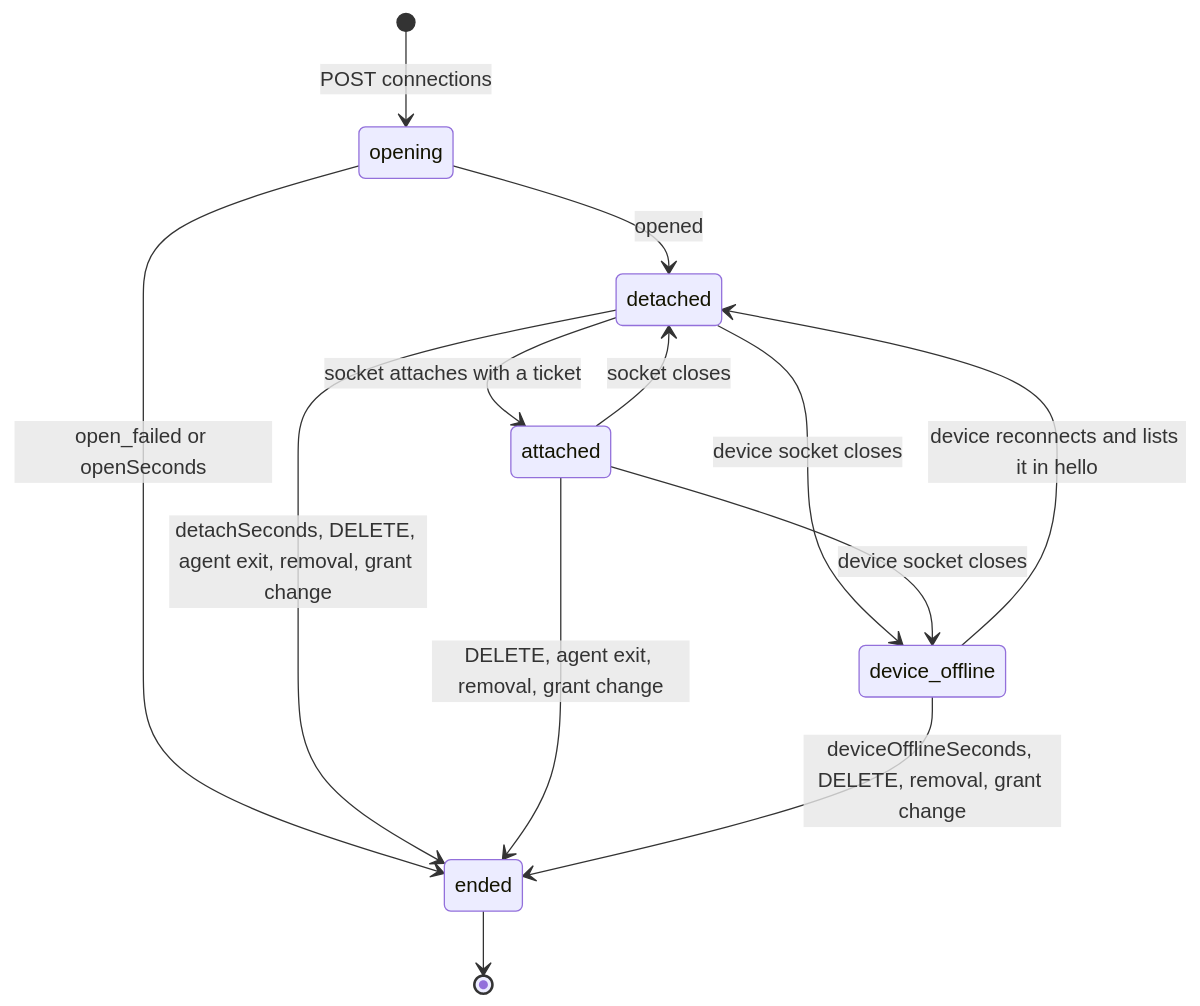
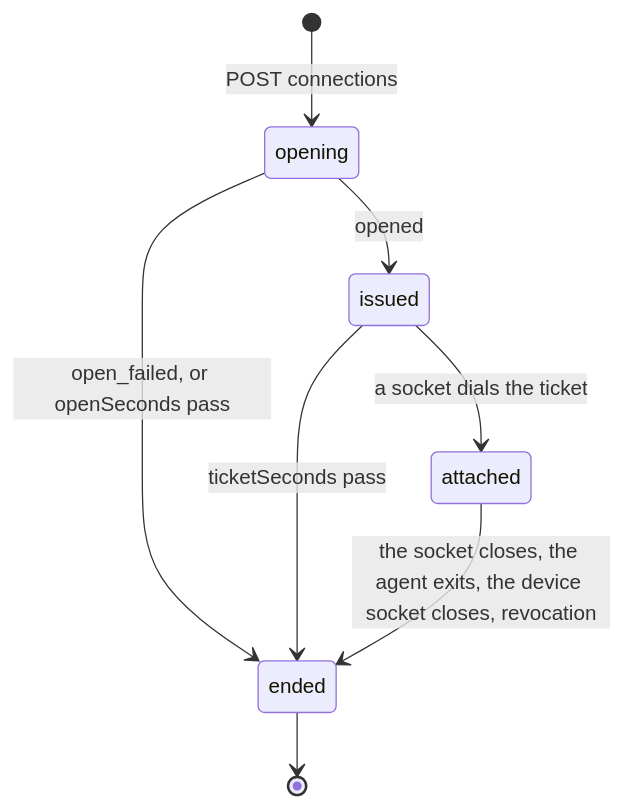
The fifth of 5 diagrams in docs/protocol/exterior-agent-protocol.md (lulu0119/acp-web-gateway), drawn with Mermaid before and after one commit. The commit also changed other lines of this file and 8 other files, not shown here.

````diff
--- a/docs/protocol/exterior-agent-protocol.md
+++ b/docs/protocol/exterior-agent-protocol.md
@@ -340,15 +298,10 @@
 ```mermaid
 stateDiagram-v2
   [*] --> opening: POST connections
-  opening --> detached: opened
-  opening --> ended: open_failed or openSeconds
-  detached --> attached: socket attaches with a ticket
-  attached --> detached: socket closes
-  detached --> device_offline: device socket closes
-  attached --> device_offline: device socket closes
-  device_offline --> detached: device reconnects and lists it in hello
-  detached --> ended: detachSeconds, DELETE, agent exit, removal, grant change
-  attached --> ended: DELETE, agent exit, removal, grant change
-  device_offline --> ended: deviceOfflineSeconds, DELETE, removal, grant change
+  opening --> issued: opened
+  opening --> ended: open_failed, or openSeconds pass
+  issued --> attached: a socket dials the ticket
+  issued --> ended: ticketSeconds pass
+  attached --> ended: the socket closes, the agent exits, the device socket closes, revocation
   ended --> [*]
 ```
````
